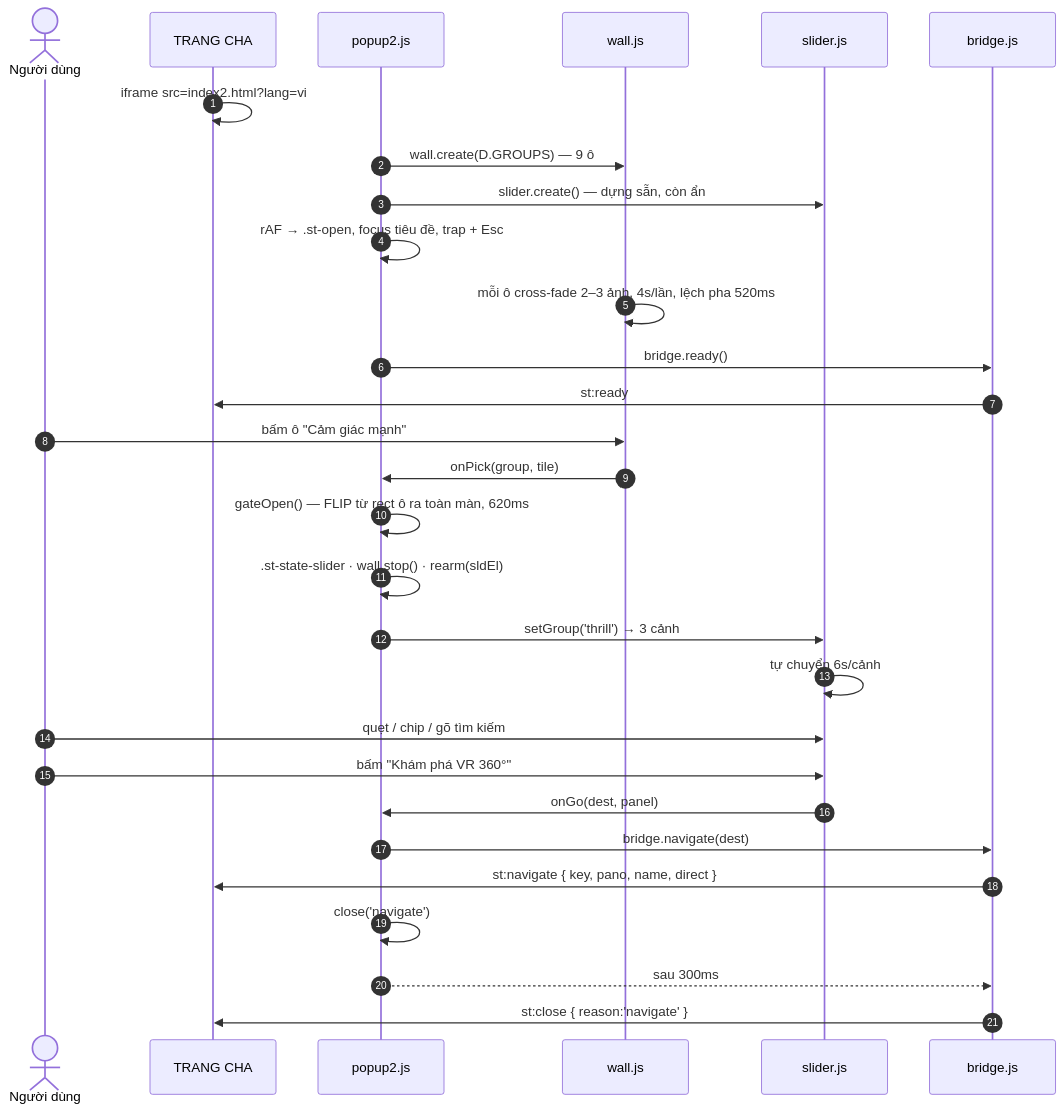
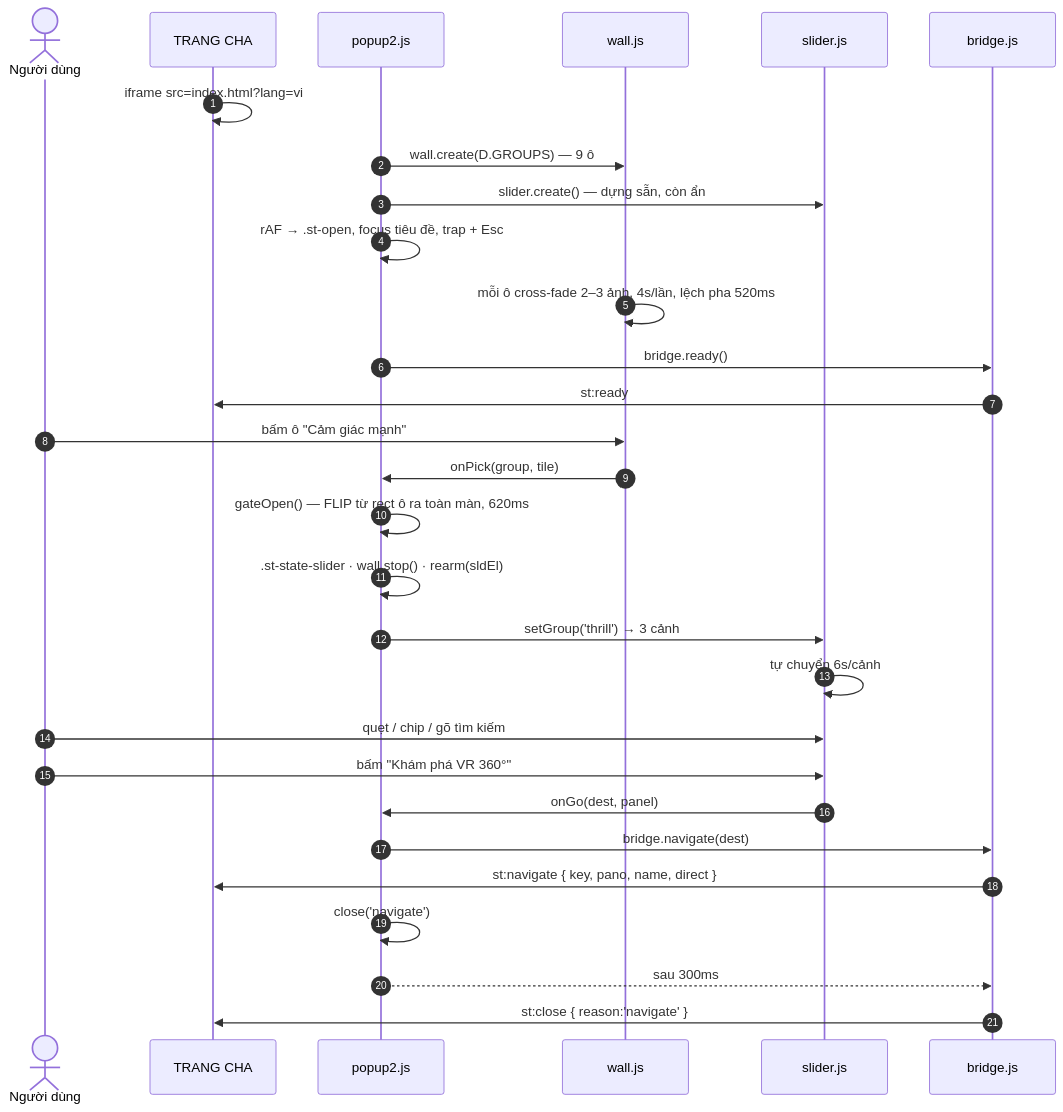
Before and after one commit to Tmy-andy/suoitien-redesign: the second of 2 diagrams in docs/05-flows.md, drawn with Mermaid. The commit also changed other lines of this file and 24 other files, not shown here.

````diff
--- a/docs/05-flows.md
+++ b/docs/05-flows.md
@@ -187,34 +212,34 @@
 ```mermaid
 sequenceDiagram
     autonumber
     actor U as Người dùng
     participant H as TRANG CHA
     participant P as popup2.js
     participant W as wall.js
     participant S as slider.js
     participant B as bridge.js
 
-    H->>H: iframe src=index2.html?lang=vi
+    H->>H: iframe src=index.html?lang=vi
     P->>W: wall.create(D.GROUPS) — 9 ô
     P->>S: slider.create() — dựng sẵn, còn ẩn
     P->>P: rAF → .st-open, focus tiêu đề, trap + Esc
     W->>W: mỗi ô cross-fade 2–3 ảnh, 4s/lần, lệch pha 520ms
     P->>B: bridge.ready()
     B->>H: st:ready
 
     U->>W: bấm ô "Cảm giác mạnh"
     W->>P: onPick(group, tile)
     P->>P: gateOpen() — FLIP từ rect ô ra toàn màn, 620ms
     P->>P: .st-state-slider · wall.stop() · rearm(sldEl)
     P->>S: setGroup('thrill') → 3 cảnh
     S->>S: tự chuyển 6s/cảnh
 
     U->>S: quẹt / chip / gõ tìm kiếm
     U->>S: bấm "Khám phá VR 360°"
     S->>P: onGo(dest, panel)
     P->>B: bridge.navigate(dest)
     B->>H: st:navigate { key, pano, name, direct }
     P->>P: close('navigate')
     P-->>B: sau 300ms
     B->>H: st:close { reason:'navigate' }
 ```
````
